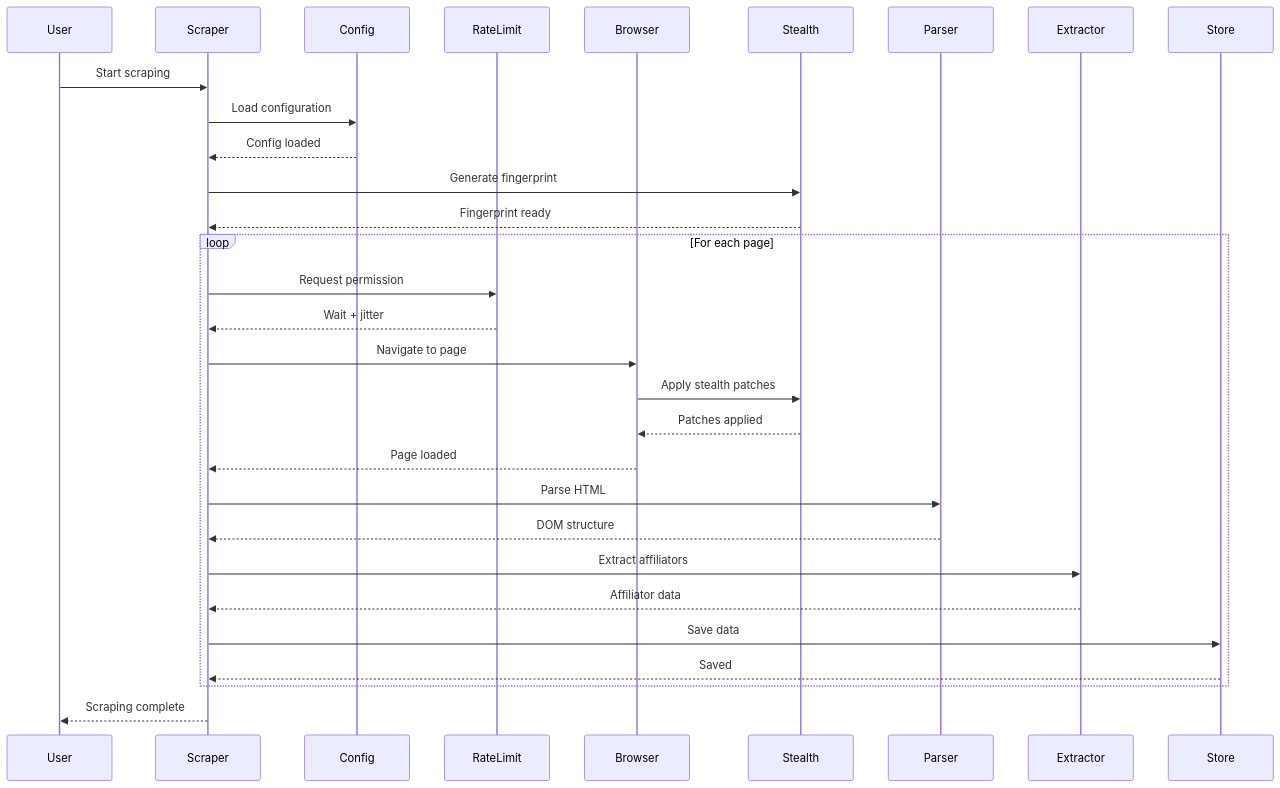
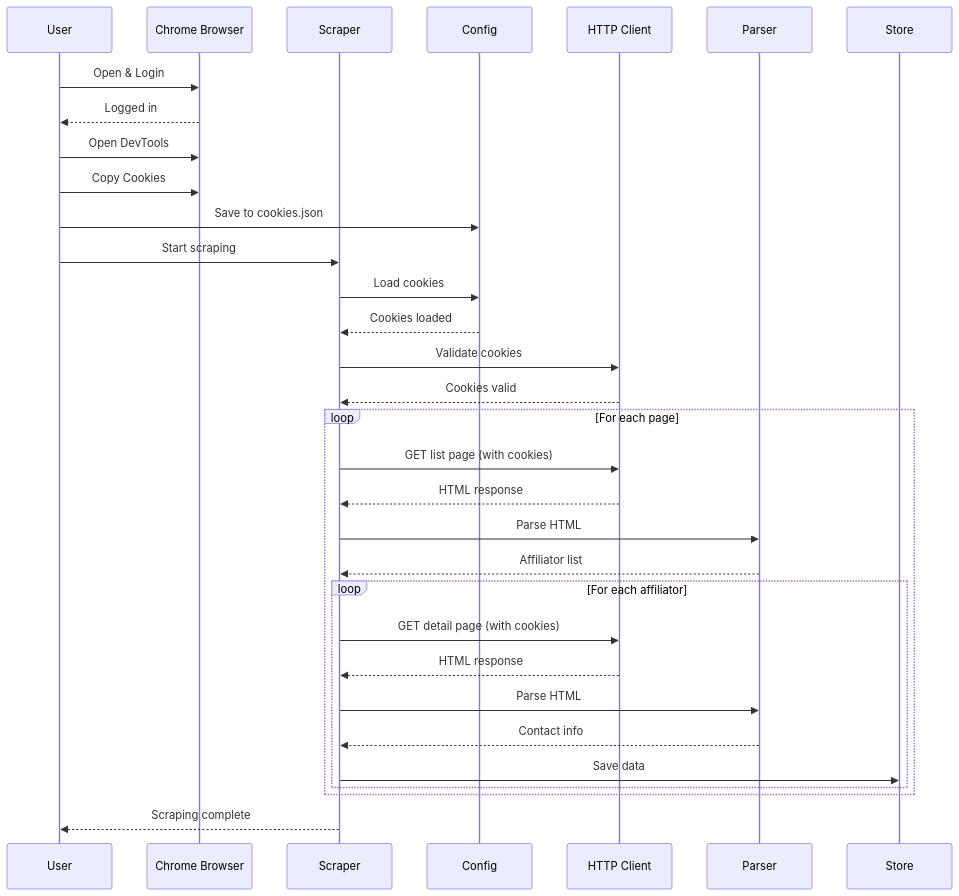
Before and after one commit to gilangpramana21/affiliator-scrape: the second of 2 diagrams in .kiro/specs/tokopedia-affiliate-scraper/design.md, drawn with Mermaid. The commit also changed other lines of this file and 164 other files, not shown here.

````diff
--- a/.kiro/specs/tokopedia-affiliate-scraper/design.md
+++ b/.kiro/specs/tokopedia-affiliate-scraper/design.md
@@ -236,40 +146,43 @@
 ```mermaid
 sequenceDiagram
     participant User
+    participant Chrome as Chrome Browser
     participant Scraper
     participant Config
-    participant RateLimit
-    participant Browser
-    participant Stealth
+    participant HTTP as HTTP Client
     participant Parser
-    participant Extractor
     participant Store
     
+    User->>Chrome: Open & Login
+    Chrome-->>User: Logged in
+    User->>Chrome: Open DevTools
+    User->>Chrome: Copy Cookies
+    User->>Config: Save to cookies.json
+    
     User->>Scraper: Start scraping
-    Scraper->>Config: Load configuration
-    Config-->>Scraper: Config loaded
+    Scraper->>Config: Load cookies
+    Config-->>Scraper: Cookies loaded
     
-    Scraper->>Stealth: Generate fingerprint
-    Stealth-->>Scraper: Fingerprint ready
+    Scraper->>HTTP: Validate cookies
+    HTTP-->>Scraper: Cookies valid
     
     loop For each page
-        Scraper->>RateLimit: Request permission
-        RateLimit-->>Scraper: Wait + jitter
-        
-        Scraper->>Browser: Navigate to page
-        Browser->>Stealth: Apply stealth patches
-        Stealth-->>Browser: Patches applied
-        Browser-->>Scraper: Page loaded
+        Scraper->>HTTP: GET list page (with cookies)
+        HTTP-->>Scraper: HTML response
         
         Scraper->>Parser: Parse HTML
-        Parser-->>Scraper: DOM structure
+        Parser-->>Scraper: Affiliator list
         
-        Scraper->>Extractor: Extract affiliators
-        Extractor-->>Scraper: Affiliator data
-        
-        Scraper->>Store: Save data
-        Store-->>Scraper: Saved
+        loop For each affiliator
+            Scraper->>HTTP: GET detail page (with cookies)
+            HTTP-->>Scraper: HTML response
+            
+            Scraper->>Parser: Parse HTML
+            Parser-->>Scraper: Contact info
+            
+            Scraper->>Store: Save data
+        end
     end
     
     Scraper-->>User: Scraping complete
 ```
````
